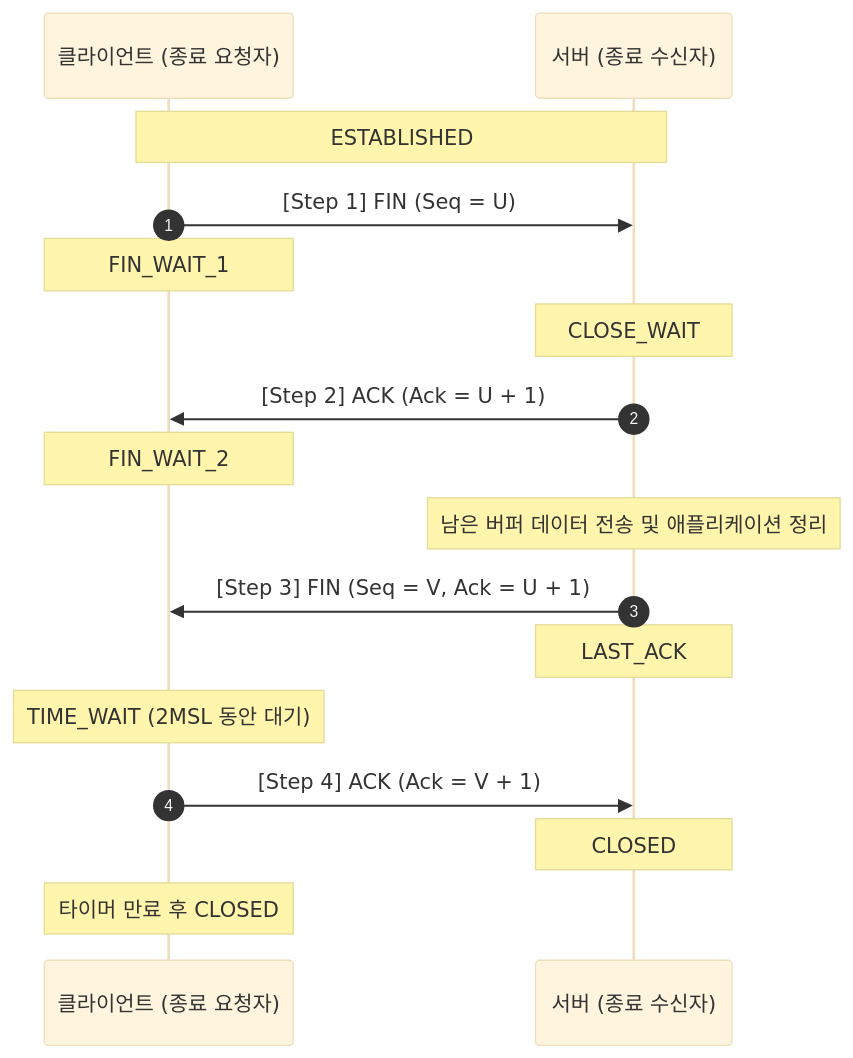
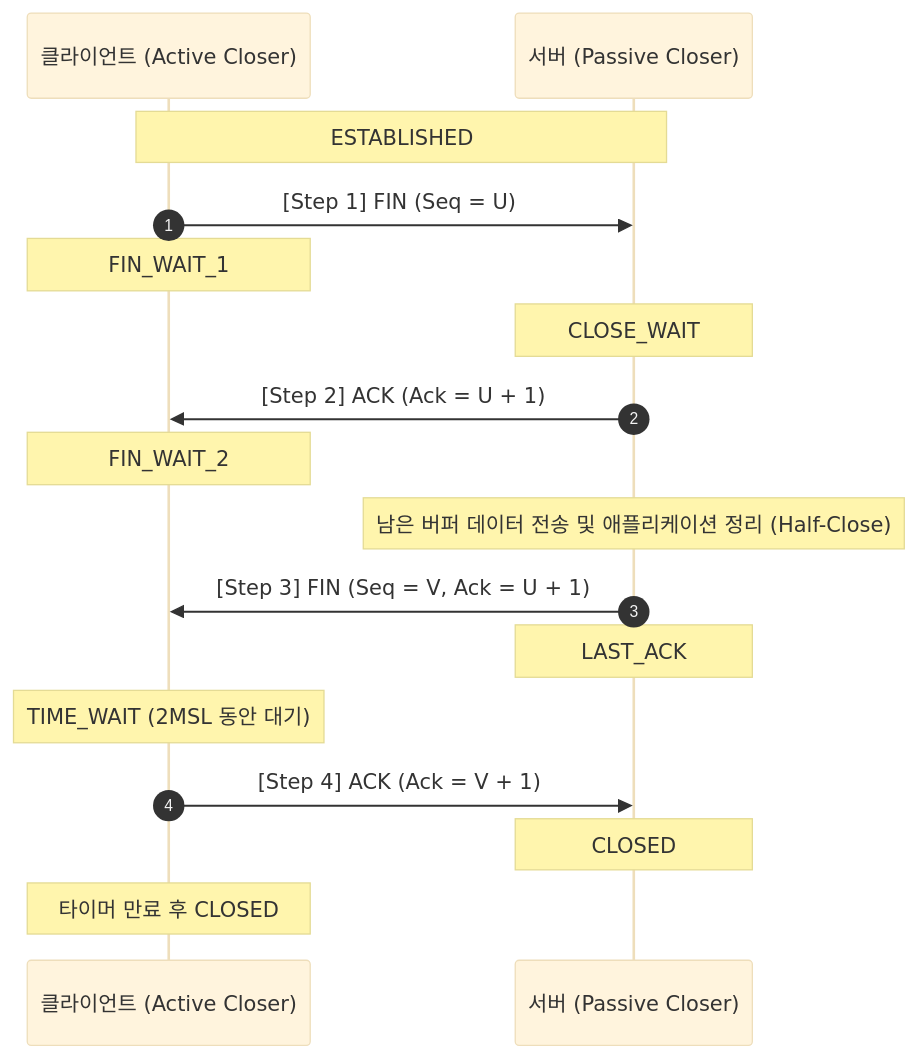
The third of 11 diagrams in 08_네트워크_기술.md (keimania/tech-notes), drawn with Mermaid (base theme) before and after one commit. The commit also changed other lines of this file and 12 other files, not shown here.

````diff
--- a/08_네트워크_기술.md
+++ b/08_네트워크_기술.md
@@ -95,25 +95,25 @@
 ```mermaid
 sequenceDiagram
     autonumber
-    participant C as 클라이언트 (종료 요청자)
-    participant S as 서버 (종료 수신자)
+    participant C as 클라이언트 (Active Closer)
+    participant S as 서버 (Passive Closer)
 
     Note over C,S: ESTABLISHED
 
     C->>S: [Step 1] FIN (Seq = U)
     Note over C: FIN_WAIT_1
     Note over S: CLOSE_WAIT
 
     S->>C: [Step 2] ACK (Ack = U + 1)
     Note over C: FIN_WAIT_2
-    Note over S: 남은 버퍼 데이터 전송 및 애플리케이션 정리
+    Note over S: 남은 버퍼 데이터 전송 및 애플리케이션 정리 (Half-Close)
 
     S->>C: [Step 3] FIN (Seq = V, Ack = U + 1)
     Note over S: LAST_ACK
     Note over C: TIME_WAIT (2MSL 동안 대기)
 
     C->>S: [Step 4] ACK (Ack = V + 1)
     Note over S: CLOSED
 
     Note over C: 타이머 만료 후 CLOSED
 ```
````
